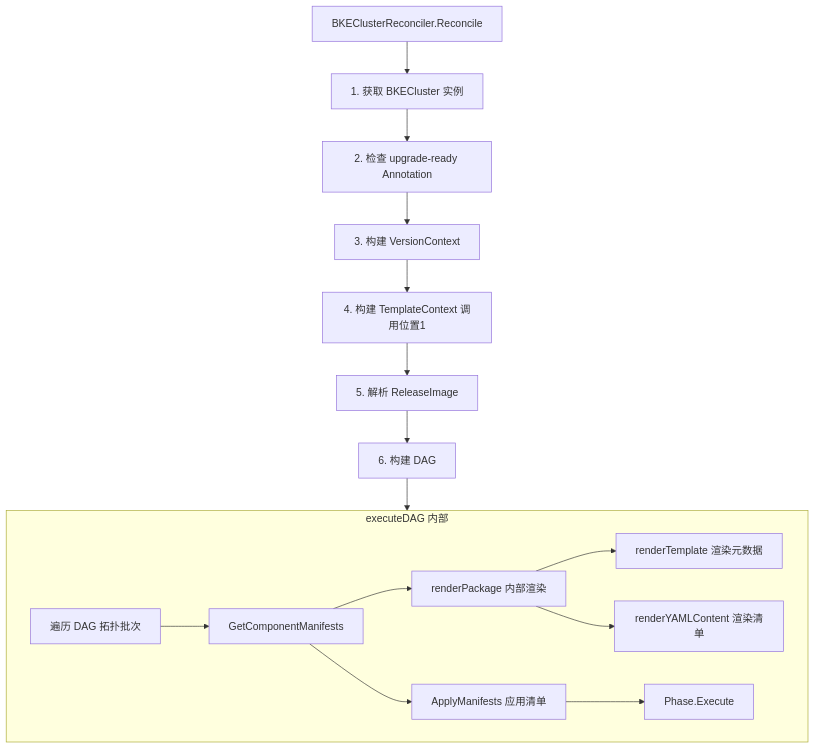
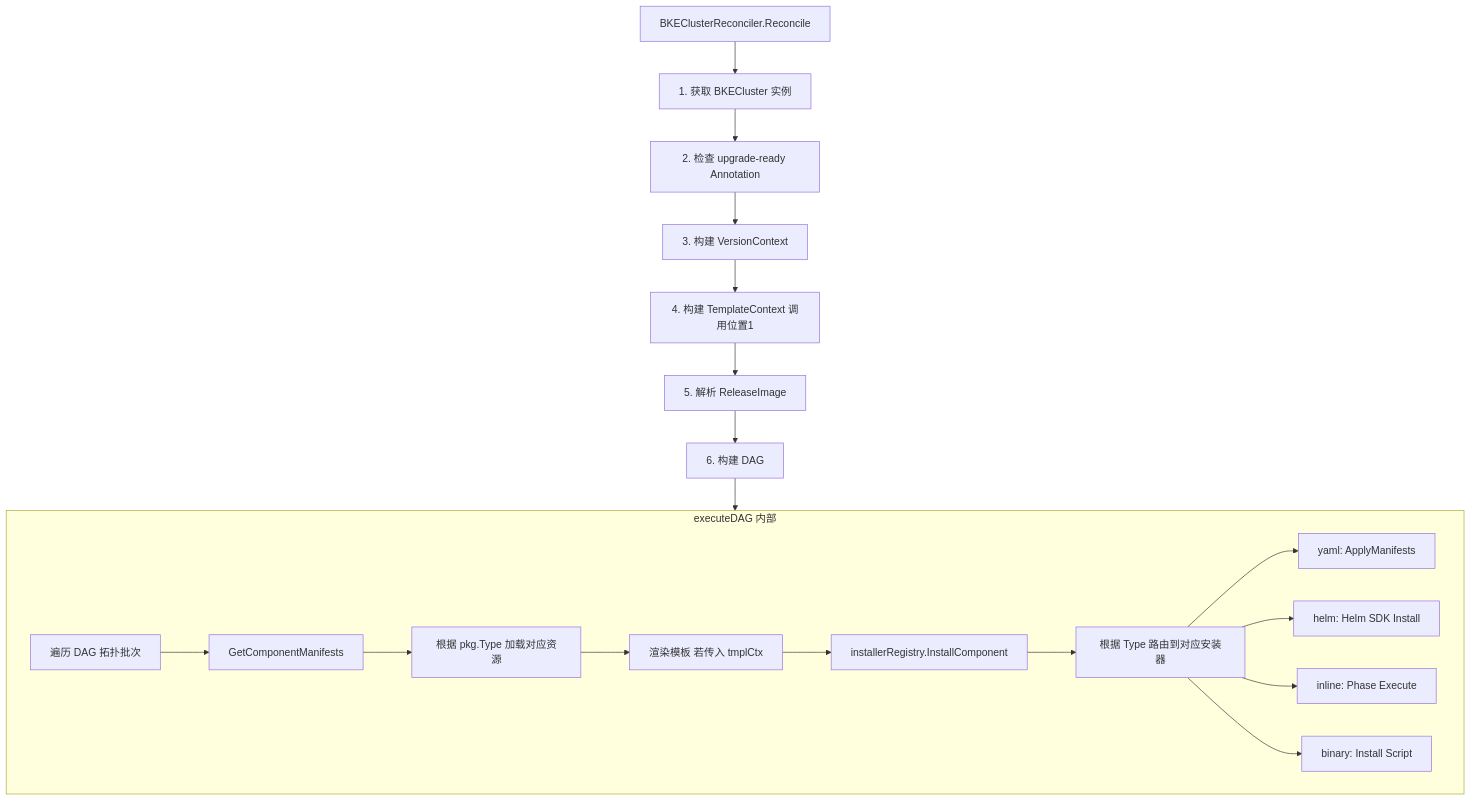
One commit to javadoors/cluster-api-provider-bke changed the fifth of 14 diagrams in code/kep/kep5/kep5-2.md. Above: the diagram before and after it, drawn with Mermaid. The commit also changed 2 other files, not shown here.

Commit message:
manifestStore

````diff
--- a/code/kep/kep5/kep5-2.md
+++ b/code/kep/kep5/kep5-2.md
@@ -1576,19 +1576,22 @@
 ```mermaid
 flowchart TD
     A["BKEClusterReconciler.Reconcile"] --> B["1. 获取 BKECluster 实例"]
     B --> C["2. 检查 upgrade-ready Annotation"]
     C --> D["3. 构建 VersionContext"]
     D --> E["4. 构建 TemplateContext 调用位置1"]
     E --> F["5. 解析 ReleaseImage"]
     F --> G["6. 构建 DAG"]
     G --> H["7. executeDAG 调用位置2"]
     
     subgraph H ["executeDAG 内部"]
         H1["遍历 DAG 拓扑批次"] --> H2["GetComponentManifests"]
-        H2 --> H3["renderPackage 内部渲染"]
-        H3 --> H4["renderTemplate 渲染元数据"]
-        H3 --> H5["renderYAMLContent 渲染清单"]
-        H2 --> H6["ApplyManifests 应用清单"]
-        H6 --> H7["Phase.Execute"]
+        H2 --> H3["根据 pkg.Type 加载对应资源"]
+        H3 --> H4["渲染模板 若传入 tmplCtx"]
+        H4 --> H5["installerRegistry.InstallComponent"]
+        H5 --> H6["根据 Type 路由到对应安装器"]
+        H6 --> H7["yaml: ApplyManifests"]
+        H6 --> H8["helm: Helm SDK Install"]
+        H6 --> H9["inline: Phase Execute"]
+        H6 --> H10["binary: Install Script"]
     end
 ```
````
